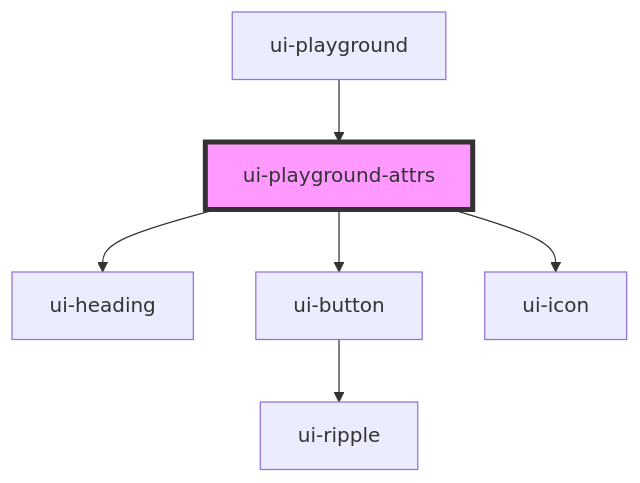
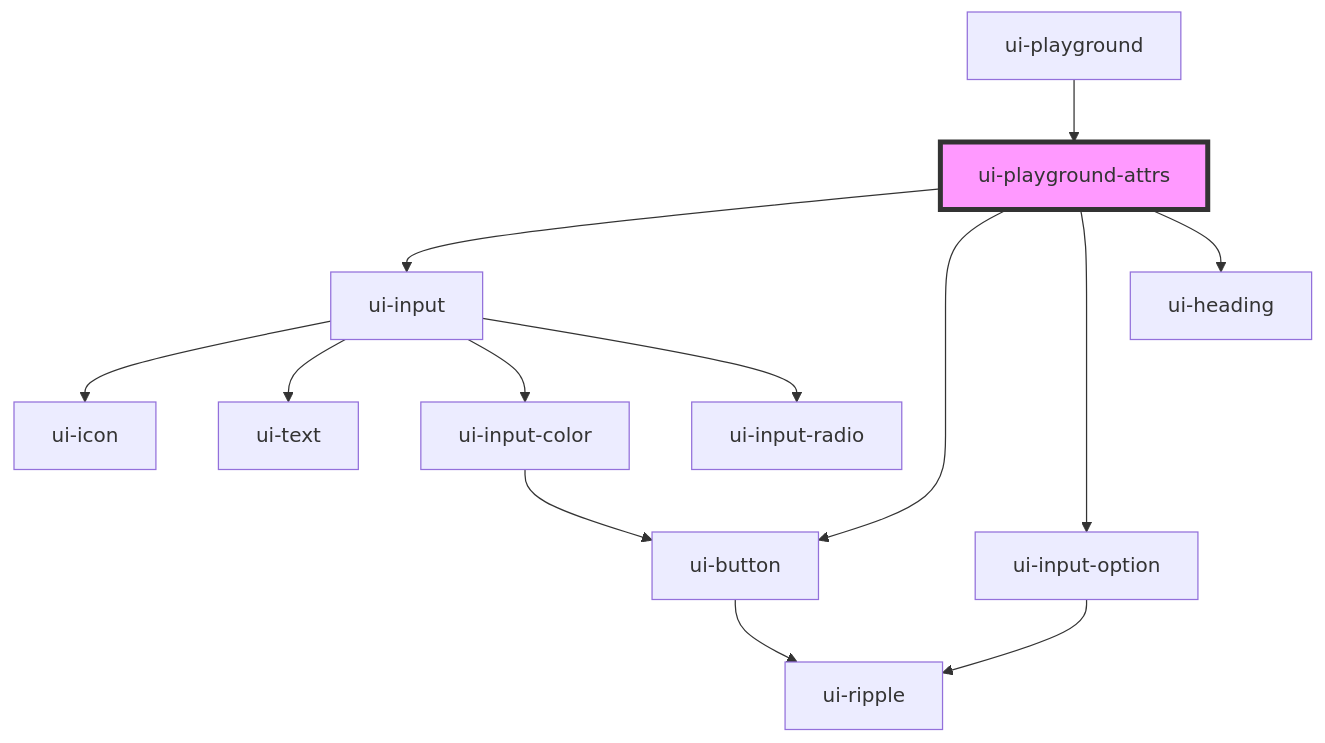
One commit to shahzad1970/psycho-ui changed the diagram in src/components/ui-playground/ui-playground-attrs/readme.md. Above: the diagram before and after it, drawn with Mermaid. The commit also changed other lines of this file and 46 other files, not shown here.

````diff
--- a/src/components/ui-playground/ui-playground-attrs/readme.md
+++ b/src/components/ui-playground/ui-playground-attrs/readme.md
@@ -29,9 +37,16 @@
 ```mermaid
 graph TD;
+  ui-playground-attrs --> ui-input
+  ui-playground-attrs --> ui-button
+  ui-playground-attrs --> ui-input-option
   ui-playground-attrs --> ui-heading
-  ui-playground-attrs --> ui-button
-  ui-playground-attrs --> ui-icon
+  ui-input --> ui-icon
+  ui-input --> ui-text
+  ui-input --> ui-input-color
+  ui-input --> ui-input-radio
+  ui-input-color --> ui-button
   ui-button --> ui-ripple
+  ui-input-option --> ui-ripple
   ui-playground --> ui-playground-attrs
   style ui-playground-attrs fill:#f9f,stroke:#333,stroke-width:4px
 ```
````
